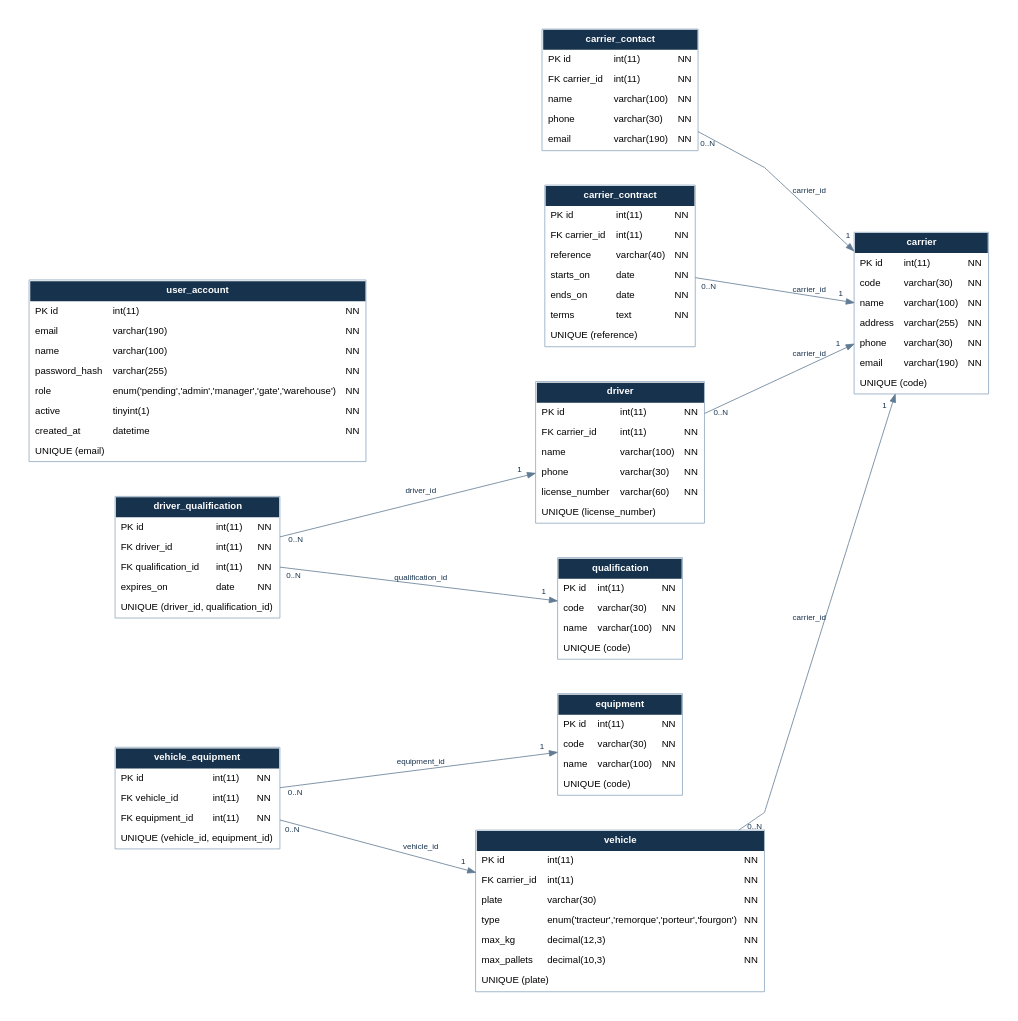
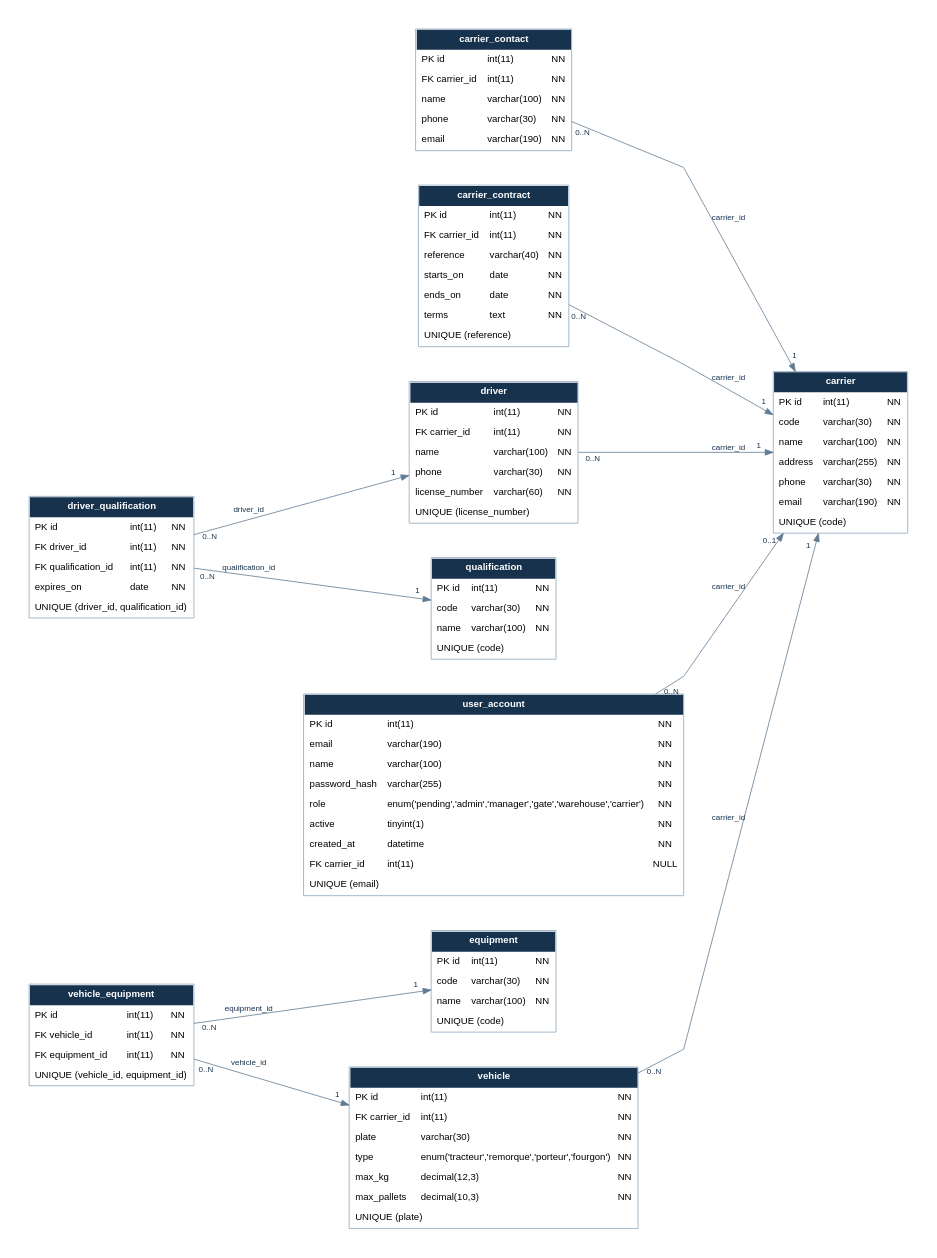
The diagram in docs/diagrammes/mld-personnel-transport.dot (Gustor1/projet-bd70), drawn with Graphviz before and after one commit. The commit also changed 105 other files, not shown here.

```diff
--- a/docs/diagrammes/mld-personnel-transport.dot
+++ b/docs/diagrammes/mld-personnel-transport.dot
@@ -1,22 +1,23 @@
 digraph MLD {
 rankdir=LR;
 graph [fontname="Arial",bgcolor="white",pad="0.4",nodesep="0.6",ranksep="1",splines=polyline]; node [fontname="Arial",fontsize=12]; edge [fontname="Arial",fontsize=10,color="#617b94",fontcolor="#17324d"];
 carrier [shape=plain,label=<<TABLE BORDER="1" CELLBORDER="0" CELLSPACING="0" CELLPADDING="6" COLOR="#8fa8be"><TR><TD COLSPAN="3" BGCOLOR="#17324d"><FONT COLOR="white"><B>carrier</B></FONT></TD></TR><TR><TD ALIGN="LEFT">PK id</TD><TD ALIGN="LEFT">int(11)</TD><TD>NN</TD></TR><TR><TD ALIGN="LEFT">code</TD><TD ALIGN="LEFT">varchar(30)</TD><TD>NN</TD></TR><TR><TD ALIGN="LEFT">name</TD><TD ALIGN="LEFT">varchar(100)</TD><TD>NN</TD></TR><TR><TD ALIGN="LEFT">address</TD><TD ALIGN="LEFT">varchar(255)</TD><TD>NN</TD></TR><TR><TD ALIGN="LEFT">phone</TD><TD ALIGN="LEFT">varchar(30)</TD><TD>NN</TD></TR><TR><TD ALIGN="LEFT">email</TD><TD ALIGN="LEFT">varchar(190)</TD><TD>NN</TD></TR><TR><TD COLSPAN="3" ALIGN="LEFT">UNIQUE (code)</TD></TR></TABLE>>];
 carrier_contact [shape=plain,label=<<TABLE BORDER="1" CELLBORDER="0" CELLSPACING="0" CELLPADDING="6" COLOR="#8fa8be"><TR><TD COLSPAN="3" BGCOLOR="#17324d"><FONT COLOR="white"><B>carrier_contact</B></FONT></TD></TR><TR><TD ALIGN="LEFT">PK id</TD><TD ALIGN="LEFT">int(11)</TD><TD>NN</TD></TR><TR><TD ALIGN="LEFT">FK carrier_id</TD><TD ALIGN="LEFT">int(11)</TD><TD>NN</TD></TR><TR><TD ALIGN="LEFT">name</TD><TD ALIGN="LEFT">varchar(100)</TD><TD>NN</TD></TR><TR><TD ALIGN="LEFT">phone</TD><TD ALIGN="LEFT">varchar(30)</TD><TD>NN</TD></TR><TR><TD ALIGN="LEFT">email</TD><TD ALIGN="LEFT">varchar(190)</TD><TD>NN</TD></TR></TABLE>>];
 carrier_contract [shape=plain,label=<<TABLE BORDER="1" CELLBORDER="0" CELLSPACING="0" CELLPADDING="6" COLOR="#8fa8be"><TR><TD COLSPAN="3" BGCOLOR="#17324d"><FONT COLOR="white"><B>carrier_contract</B></FONT></TD></TR><TR><TD ALIGN="LEFT">PK id</TD><TD ALIGN="LEFT">int(11)</TD><TD>NN</TD></TR><TR><TD ALIGN="LEFT">FK carrier_id</TD><TD ALIGN="LEFT">int(11)</TD><TD>NN</TD></TR><TR><TD ALIGN="LEFT">reference</TD><TD ALIGN="LEFT">varchar(40)</TD><TD>NN</TD></TR><TR><TD ALIGN="LEFT">starts_on</TD><TD ALIGN="LEFT">date</TD><TD>NN</TD></TR><TR><TD ALIGN="LEFT">ends_on</TD><TD ALIGN="LEFT">date</TD><TD>NN</TD></TR><TR><TD ALIGN="LEFT">terms</TD><TD ALIGN="LEFT">text</TD><TD>NN</TD></TR><TR><TD COLSPAN="3" ALIGN="LEFT">UNIQUE (reference)</TD></TR></TABLE>>];
 driver [shape=plain,label=<<TABLE BORDER="1" CELLBORDER="0" CELLSPACING="0" CELLPADDING="6" COLOR="#8fa8be"><TR><TD COLSPAN="3" BGCOLOR="#17324d"><FONT COLOR="white"><B>driver</B></FONT></TD></TR><TR><TD ALIGN="LEFT">PK id</TD><TD ALIGN="LEFT">int(11)</TD><TD>NN</TD></TR><TR><TD ALIGN="LEFT">FK carrier_id</TD><TD ALIGN="LEFT">int(11)</TD><TD>NN</TD></TR><TR><TD ALIGN="LEFT">name</TD><TD ALIGN="LEFT">varchar(100)</TD><TD>NN</TD></TR><TR><TD ALIGN="LEFT">phone</TD><TD ALIGN="LEFT">varchar(30)</TD><TD>NN</TD></TR><TR><TD ALIGN="LEFT">license_number</TD><TD ALIGN="LEFT">varchar(60)</TD><TD>NN</TD></TR><TR><TD COLSPAN="3" ALIGN="LEFT">UNIQUE (license_number)</TD></TR></TABLE>>];
 driver_qualification [shape=plain,label=<<TABLE BORDER="1" CELLBORDER="0" CELLSPACING="0" CELLPADDING="6" COLOR="#8fa8be"><TR><TD COLSPAN="3" BGCOLOR="#17324d"><FONT COLOR="white"><B>driver_qualification</B></FONT></TD></TR><TR><TD ALIGN="LEFT">PK id</TD><TD ALIGN="LEFT">int(11)</TD><TD>NN</TD></TR><TR><TD ALIGN="LEFT">FK driver_id</TD><TD ALIGN="LEFT">int(11)</TD><TD>NN</TD></TR><TR><TD ALIGN="LEFT">FK qualification_id</TD><TD ALIGN="LEFT">int(11)</TD><TD>NN</TD></TR><TR><TD ALIGN="LEFT">expires_on</TD><TD ALIGN="LEFT">date</TD><TD>NN</TD></TR><TR><TD COLSPAN="3" ALIGN="LEFT">UNIQUE (driver_id, qualification_id)</TD></TR></TABLE>>];
 equipment [shape=plain,label=<<TABLE BORDER="1" CELLBORDER="0" CELLSPACING="0" CELLPADDING="6" COLOR="#8fa8be"><TR><TD COLSPAN="3" BGCOLOR="#17324d"><FONT COLOR="white"><B>equipment</B></FONT></TD></TR><TR><TD ALIGN="LEFT">PK id</TD><TD ALIGN="LEFT">int(11)</TD><TD>NN</TD></TR><TR><TD ALIGN="LEFT">code</TD><TD ALIGN="LEFT">varchar(30)</TD><TD>NN</TD></TR><TR><TD ALIGN="LEFT">name</TD><TD ALIGN="LEFT">varchar(100)</TD><TD>NN</TD></TR><TR><TD COLSPAN="3" ALIGN="LEFT">UNIQUE (code)</TD></TR></TABLE>>];
 qualification [shape=plain,label=<<TABLE BORDER="1" CELLBORDER="0" CELLSPACING="0" CELLPADDING="6" COLOR="#8fa8be"><TR><TD COLSPAN="3" BGCOLOR="#17324d"><FONT COLOR="white"><B>qualification</B></FONT></TD></TR><TR><TD ALIGN="LEFT">PK id</TD><TD ALIGN="LEFT">int(11)</TD><TD>NN</TD></TR><TR><TD ALIGN="LEFT">code</TD><TD ALIGN="LEFT">varchar(30)</TD><TD>NN</TD></TR><TR><TD ALIGN="LEFT">name</TD><TD ALIGN="LEFT">varchar(100)</TD><TD>NN</TD></TR><TR><TD COLSPAN="3" ALIGN="LEFT">UNIQUE (code)</TD></TR></TABLE>>];
-user_account [shape=plain,label=<<TABLE BORDER="1" CELLBORDER="0" CELLSPACING="0" CELLPADDING="6" COLOR="#8fa8be"><TR><TD COLSPAN="3" BGCOLOR="#17324d"><FONT COLOR="white"><B>user_account</B></FONT></TD></TR><TR><TD ALIGN="LEFT">PK id</TD><TD ALIGN="LEFT">int(11)</TD><TD>NN</TD></TR><TR><TD ALIGN="LEFT">email</TD><TD ALIGN="LEFT">varchar(190)</TD><TD>NN</TD></TR><TR><TD ALIGN="LEFT">name</TD><TD ALIGN="LEFT">varchar(100)</TD><TD>NN</TD></TR><TR><TD ALIGN="LEFT">password_hash</TD><TD ALIGN="LEFT">varchar(255)</TD><TD>NN</TD></TR><TR><TD ALIGN="LEFT">role</TD><TD ALIGN="LEFT">enum(&#x27;pending&#x27;,&#x27;admin&#x27;,&#x27;manager&#x27;,&#x27;gate&#x27;,&#x27;warehouse&#x27;)</TD><TD>NN</TD></TR><TR><TD ALIGN="LEFT">active</TD><TD ALIGN="LEFT">tinyint(1)</TD><TD>NN</TD></TR><TR><TD ALIGN="LEFT">created_at</TD><TD ALIGN="LEFT">datetime</TD><TD>NN</TD></TR><TR><TD COLSPAN="3" ALIGN="LEFT">UNIQUE (email)</TD></TR></TABLE>>];
+user_account [shape=plain,label=<<TABLE BORDER="1" CELLBORDER="0" CELLSPACING="0" CELLPADDING="6" COLOR="#8fa8be"><TR><TD COLSPAN="3" BGCOLOR="#17324d"><FONT COLOR="white"><B>user_account</B></FONT></TD></TR><TR><TD ALIGN="LEFT">PK id</TD><TD ALIGN="LEFT">int(11)</TD><TD>NN</TD></TR><TR><TD ALIGN="LEFT">email</TD><TD ALIGN="LEFT">varchar(190)</TD><TD>NN</TD></TR><TR><TD ALIGN="LEFT">name</TD><TD ALIGN="LEFT">varchar(100)</TD><TD>NN</TD></TR><TR><TD ALIGN="LEFT">password_hash</TD><TD ALIGN="LEFT">varchar(255)</TD><TD>NN</TD></TR><TR><TD ALIGN="LEFT">role</TD><TD ALIGN="LEFT">enum(&#x27;pending&#x27;,&#x27;admin&#x27;,&#x27;manager&#x27;,&#x27;gate&#x27;,&#x27;warehouse&#x27;,&#x27;carrier&#x27;)</TD><TD>NN</TD></TR><TR><TD ALIGN="LEFT">active</TD><TD ALIGN="LEFT">tinyint(1)</TD><TD>NN</TD></TR><TR><TD ALIGN="LEFT">created_at</TD><TD ALIGN="LEFT">datetime</TD><TD>NN</TD></TR><TR><TD ALIGN="LEFT">FK carrier_id</TD><TD ALIGN="LEFT">int(11)</TD><TD>NULL</TD></TR><TR><TD COLSPAN="3" ALIGN="LEFT">UNIQUE (email)</TD></TR></TABLE>>];
 vehicle [shape=plain,label=<<TABLE BORDER="1" CELLBORDER="0" CELLSPACING="0" CELLPADDING="6" COLOR="#8fa8be"><TR><TD COLSPAN="3" BGCOLOR="#17324d"><FONT COLOR="white"><B>vehicle</B></FONT></TD></TR><TR><TD ALIGN="LEFT">PK id</TD><TD ALIGN="LEFT">int(11)</TD><TD>NN</TD></TR><TR><TD ALIGN="LEFT">FK carrier_id</TD><TD ALIGN="LEFT">int(11)</TD><TD>NN</TD></TR><TR><TD ALIGN="LEFT">plate</TD><TD ALIGN="LEFT">varchar(30)</TD><TD>NN</TD></TR><TR><TD ALIGN="LEFT">type</TD><TD ALIGN="LEFT">enum(&#x27;tracteur&#x27;,&#x27;remorque&#x27;,&#x27;porteur&#x27;,&#x27;fourgon&#x27;)</TD><TD>NN</TD></TR><TR><TD ALIGN="LEFT">max_kg</TD><TD ALIGN="LEFT">decimal(12,3)</TD><TD>NN</TD></TR><TR><TD ALIGN="LEFT">max_pallets</TD><TD ALIGN="LEFT">decimal(10,3)</TD><TD>NN</TD></TR><TR><TD COLSPAN="3" ALIGN="LEFT">UNIQUE (plate)</TD></TR></TABLE>>];
 vehicle_equipment [shape=plain,label=<<TABLE BORDER="1" CELLBORDER="0" CELLSPACING="0" CELLPADDING="6" COLOR="#8fa8be"><TR><TD COLSPAN="3" BGCOLOR="#17324d"><FONT COLOR="white"><B>vehicle_equipment</B></FONT></TD></TR><TR><TD ALIGN="LEFT">PK id</TD><TD ALIGN="LEFT">int(11)</TD><TD>NN</TD></TR><TR><TD ALIGN="LEFT">FK vehicle_id</TD><TD ALIGN="LEFT">int(11)</TD><TD>NN</TD></TR><TR><TD ALIGN="LEFT">FK equipment_id</TD><TD ALIGN="LEFT">int(11)</TD><TD>NN</TD></TR><TR><TD COLSPAN="3" ALIGN="LEFT">UNIQUE (vehicle_id, equipment_id)</TD></TR></TABLE>>];
+user_account -> carrier [label="carrier_id",taillabel="0..N",headlabel="0..1",labeldistance=2];
 carrier_contact -> carrier [label="carrier_id",taillabel="0..N",headlabel="1",labeldistance=2];
 carrier_contract -> carrier [label="carrier_id",taillabel="0..N",headlabel="1",labeldistance=2];
 driver -> carrier [label="carrier_id",taillabel="0..N",headlabel="1",labeldistance=2];
 driver_qualification -> driver [label="driver_id",taillabel="0..N",headlabel="1",labeldistance=2];
 driver_qualification -> qualification [label="qualification_id",taillabel="0..N",headlabel="1",labeldistance=2];
 vehicle -> carrier [label="carrier_id",taillabel="0..N",headlabel="1",labeldistance=2];
 vehicle_equipment -> vehicle [label="vehicle_id",taillabel="0..N",headlabel="1",labeldistance=2];
 vehicle_equipment -> equipment [label="equipment_id",taillabel="0..N",headlabel="1",labeldistance=2];
 }
```
